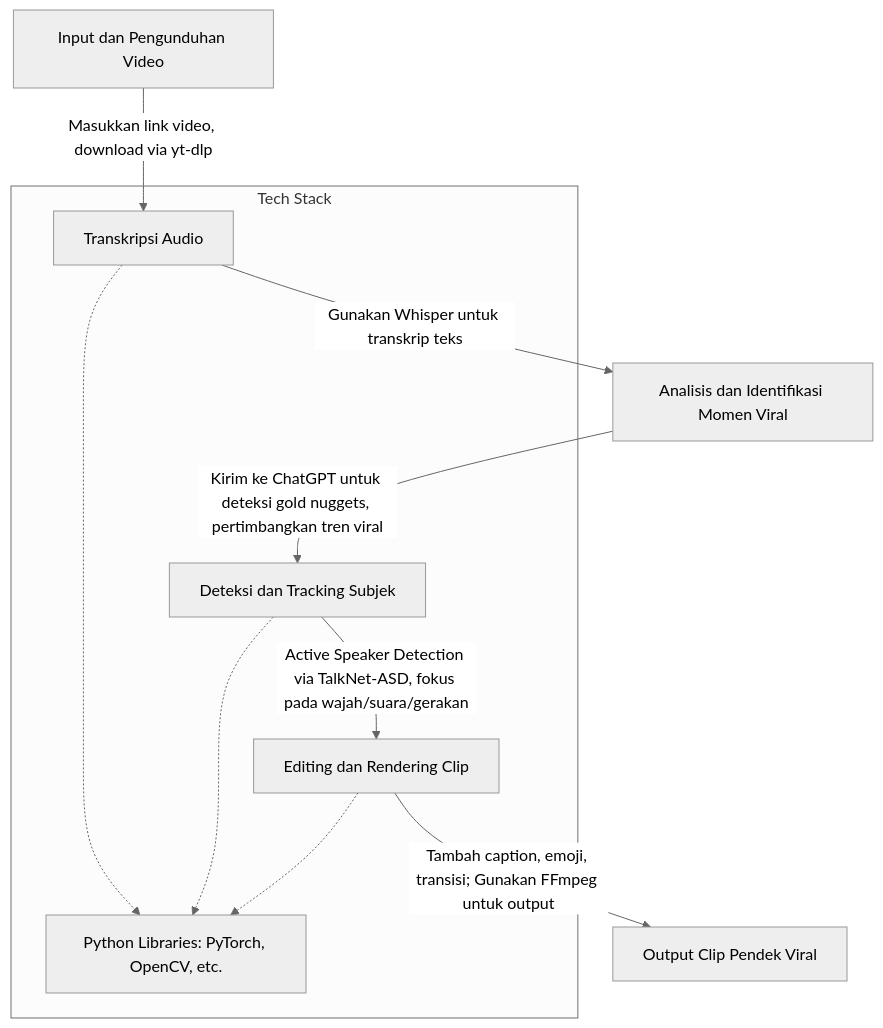
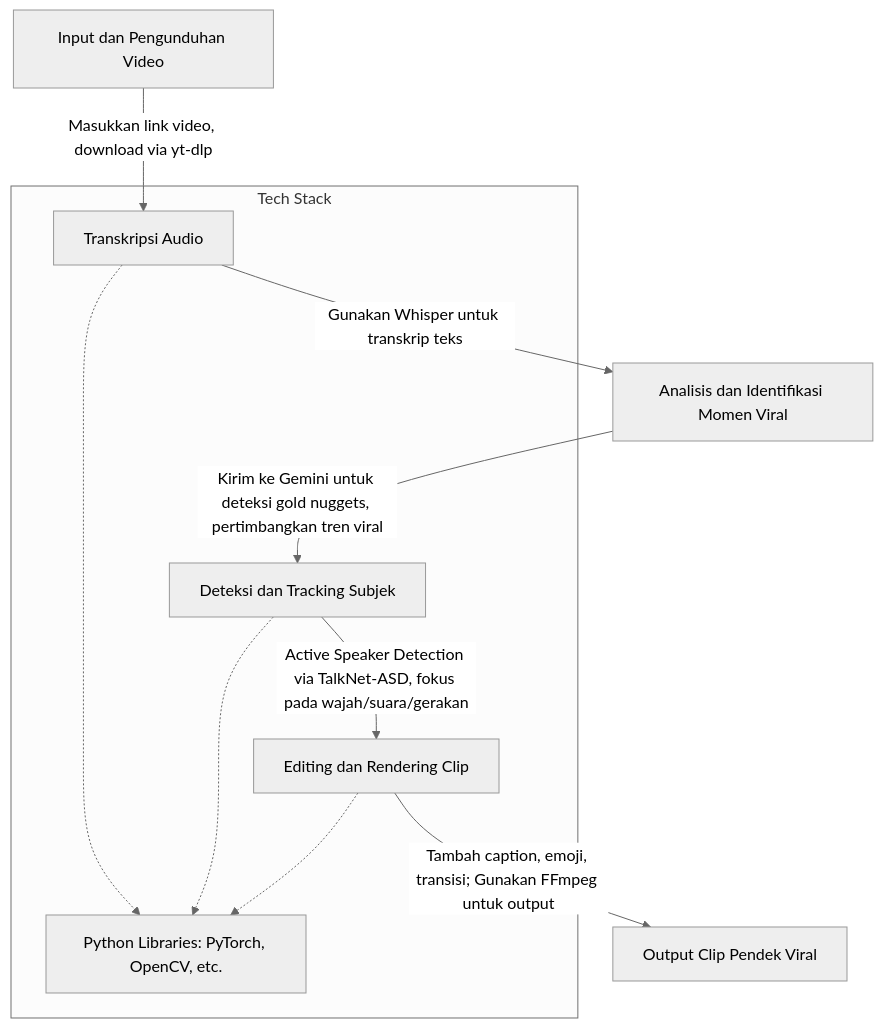
Before and after one commit to proxyhebat/fufufafaethon: the first of 2 diagrams in DIAGRAM.md, drawn with Mermaid (neutral theme). The commit also changed other lines of this file, not shown here.

````diff
--- a/DIAGRAM.md
+++ b/DIAGRAM.md
@@ -3,14 +3,14 @@
 ```mermaid
 graph TD
     A[Input dan Pengunduhan Video] -->|Masukkan link video, download via yt-dlp| B[Transkripsi Audio]
     B[Transkripsi Audio] -->|Gunakan Whisper untuk transkrip teks| C[Analisis dan Identifikasi Momen Viral]
-    C[Analisis dan Identifikasi Momen Viral] -->|Kirim ke ChatGPT untuk deteksi gold nuggets, pertimbangkan tren viral| D[Deteksi dan Tracking Subjek]
+    C[Analisis dan Identifikasi Momen Viral] -->|Kirim ke Gemini untuk deteksi gold nuggets, pertimbangkan tren viral| D[Deteksi dan Tracking Subjek]
     D[Deteksi dan Tracking Subjek] -->|Active Speaker Detection via TalkNet-ASD, fokus pada wajah/suara/gerakan| E[Editing dan Rendering Clip]
     E[Editing dan Rendering Clip] -->|Tambah caption, emoji, transisi; Gunakan FFmpeg untuk output| F[Output Clip Pendek Viral]
     subgraph Tech Stack
         G[Python Libraries: PyTorch, OpenCV, etc.]
         B -.-> G
         D -.-> G
         E -.-> G
     end
 ```
````
